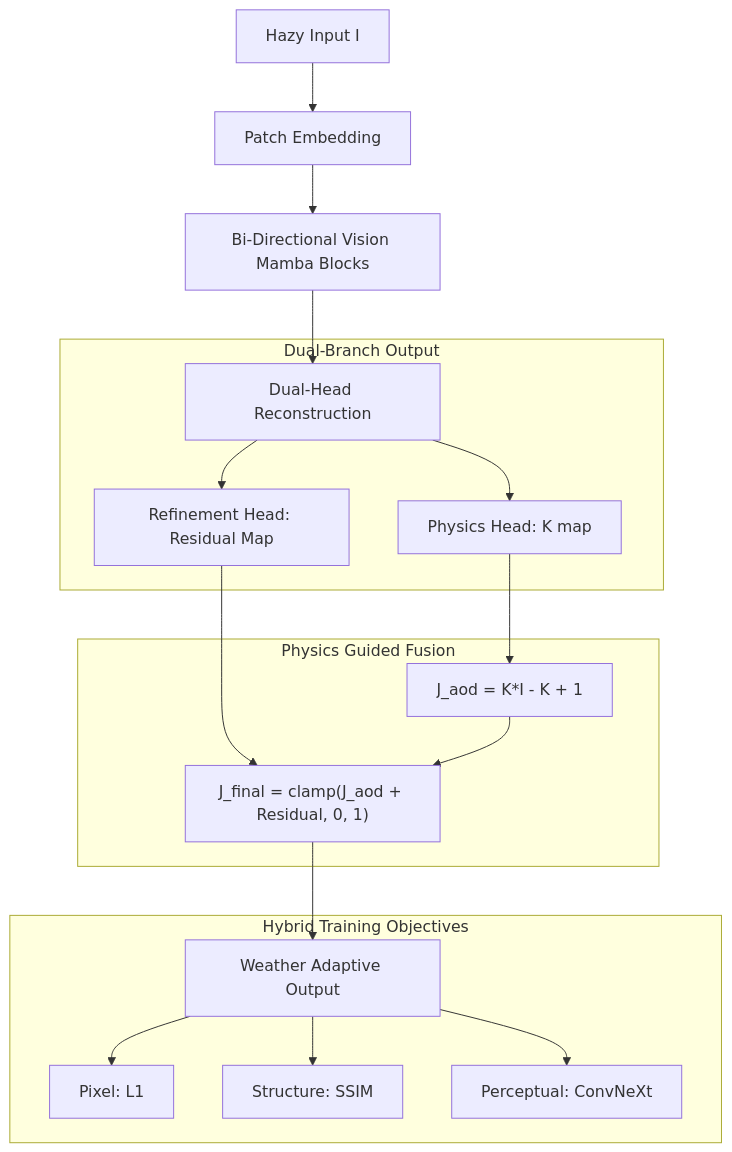
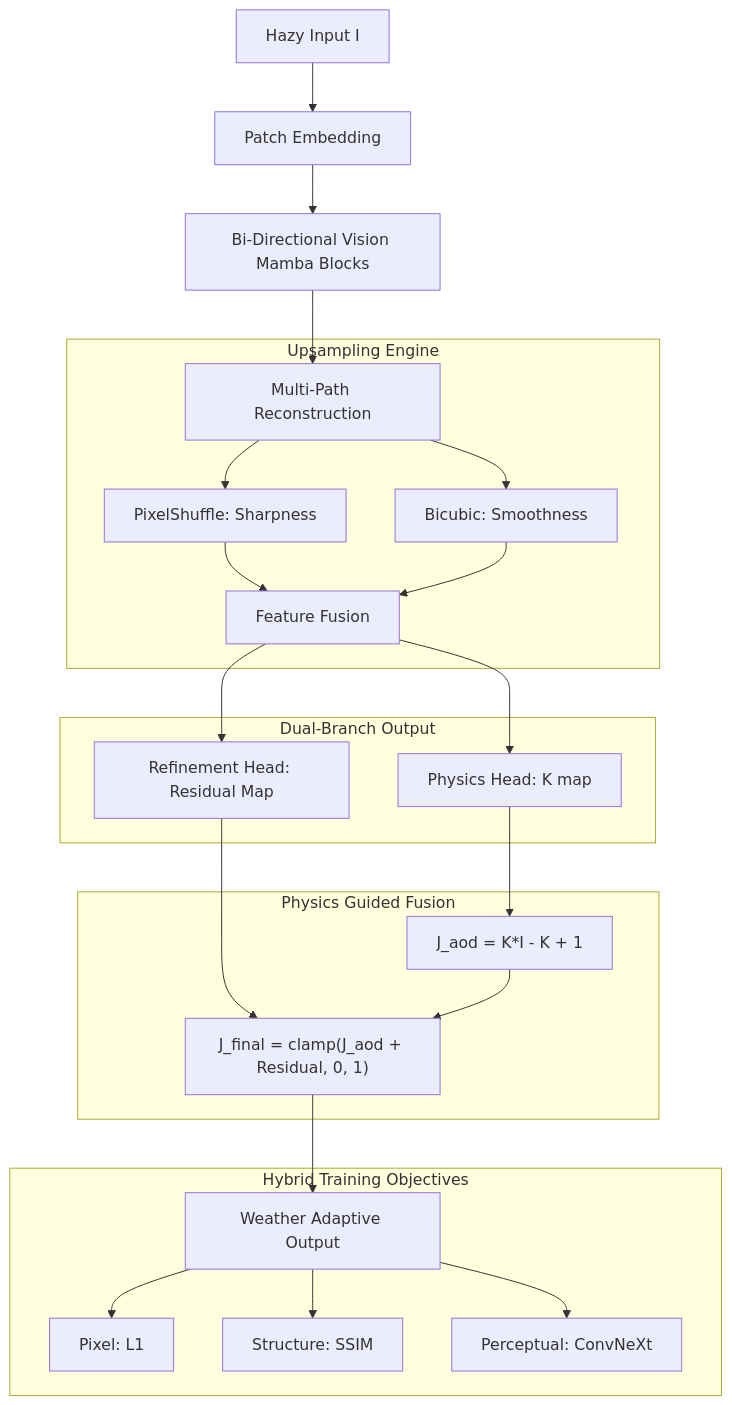
Before and after one commit to Pranavar90/capstone-atmos-trail: the diagram in README.md, drawn with Mermaid. The commit also changed other lines of this file and 10 other files, not shown here.

````diff
--- a/README.md
+++ b/README.md
@@ -23,25 +25,32 @@
 ```mermaid
 graph TD
     A[Hazy Input I] --> B[Patch Embedding]
     B --> C[Bi-Directional Vision Mamba Blocks]
-    C --> D[Dual-Head Reconstruction]
+    C --> D[Multi-Path Reconstruction]
+    
+    subgraph "Upsampling Engine"
+    D --> D1[PixelShuffle: Sharpness]
+    D --> D2[Bicubic: Smoothness]
+    D1 --> D3[Feature Fusion]
+    D2 --> D3
+    end
     
     subgraph "Dual-Branch Output"
-    D --> E[Physics Head: K map]
-    D --> F[Refinement Head: Residual Map]
+    D3 --> E[Physics Head: K map]
+    D3 --> F[Refinement Head: Residual Map]
     end
     
     subgraph "Physics Guided Fusion"
     E --> G["J_aod = K*I - K + 1"]
     F --> H["J_final = clamp(J_aod + Residual, 0, 1)"]
     G --> H
     end
     
     H --> I[Weather Adaptive Output]
     
     subgraph "Hybrid Training Objectives"
     I --> J[Pixel: L1]
     I --> K[Structure: SSIM]
     I --> L[Perceptual: ConvNeXt]
     end
 ```
````
